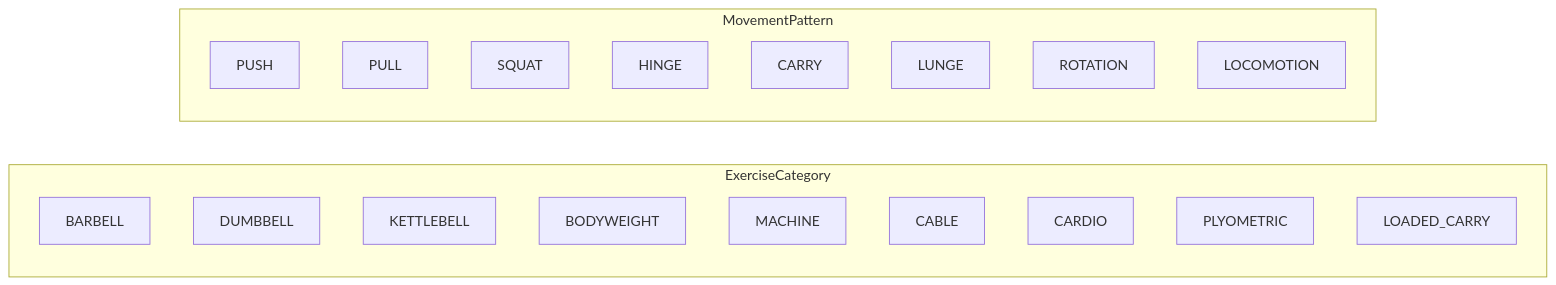
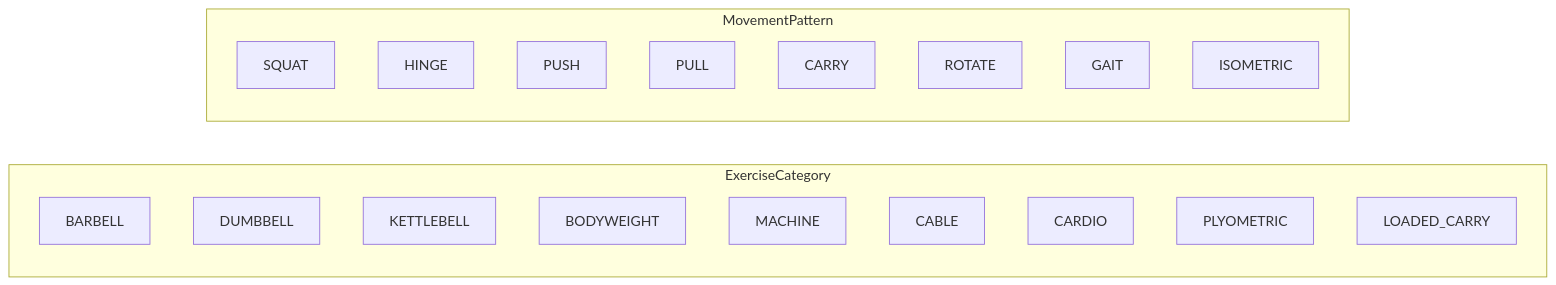
One commit to rghsoftware/ardent-forge changed diagram 11 of 17 in docs/05-domain-model.md. Above: the diagram before and after it, drawn with Mermaid. The commit also changed other lines of this file and 16 other files, not shown here.

````diff
--- a/docs/05-domain-model.md
+++ b/docs/05-domain-model.md
@@ -498,25 +498,25 @@
 ```mermaid
 flowchart LR
     subgraph ExerciseCategory
         EC1["BARBELL"]
         EC2["DUMBBELL"]
         EC3["KETTLEBELL"]
         EC4["BODYWEIGHT"]
         EC5["MACHINE"]
         EC6["CABLE"]
         EC7["CARDIO"]
         EC8["PLYOMETRIC"]
         EC9["LOADED_CARRY"]
     end
-    
+
     subgraph MovementPattern
-        MP1["PUSH"]
-        MP2["PULL"]
-        MP3["SQUAT"]
-        MP4["HINGE"]
+        MP1["SQUAT"]
+        MP2["HINGE"]
+        MP3["PUSH"]
+        MP4["PULL"]
         MP5["CARRY"]
-        MP6["LUNGE"]
-        MP7["ROTATION"]
-        MP8["LOCOMOTION"]
+        MP6["ROTATE"]
+        MP7["GAIT"]
+        MP8["ISOMETRIC"]
     end
 ```
````
